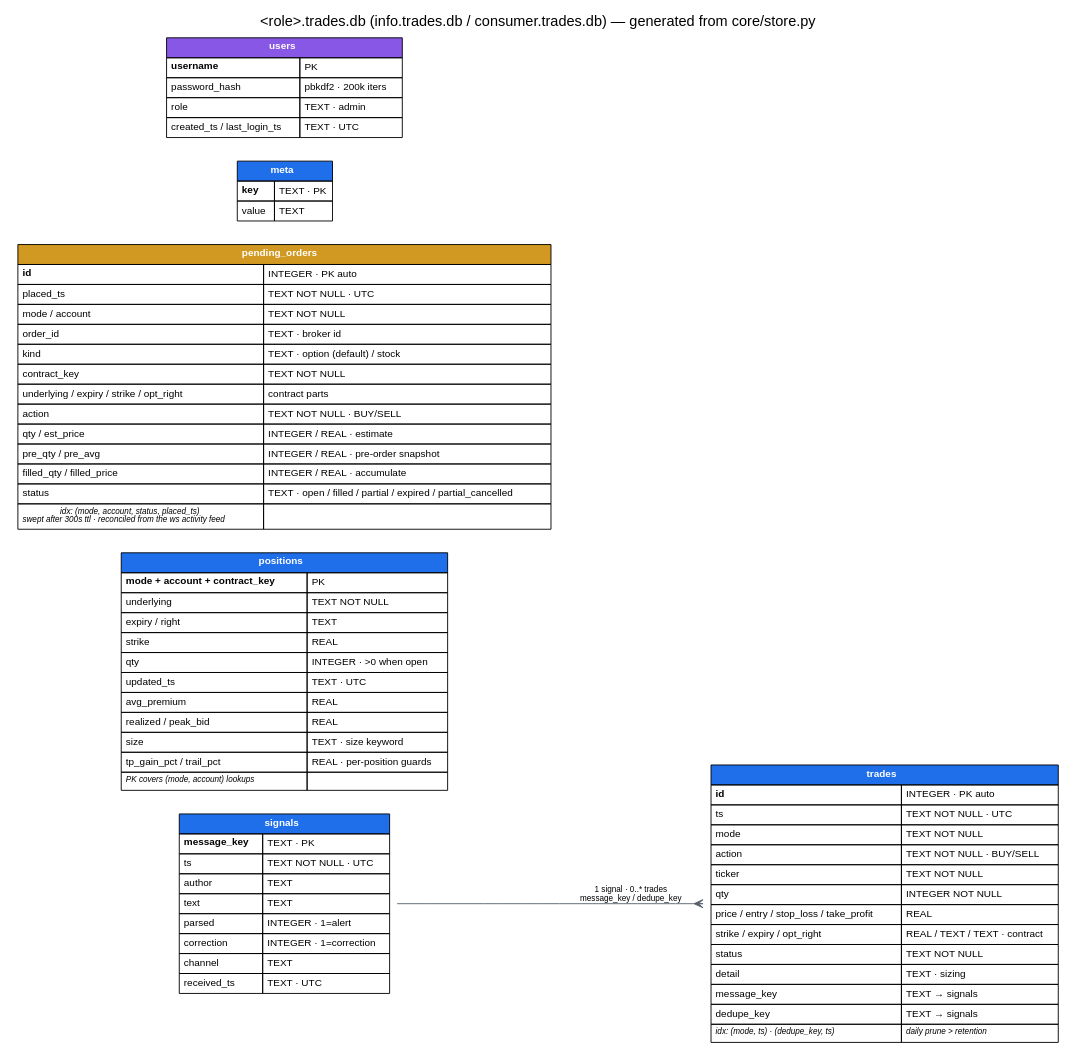
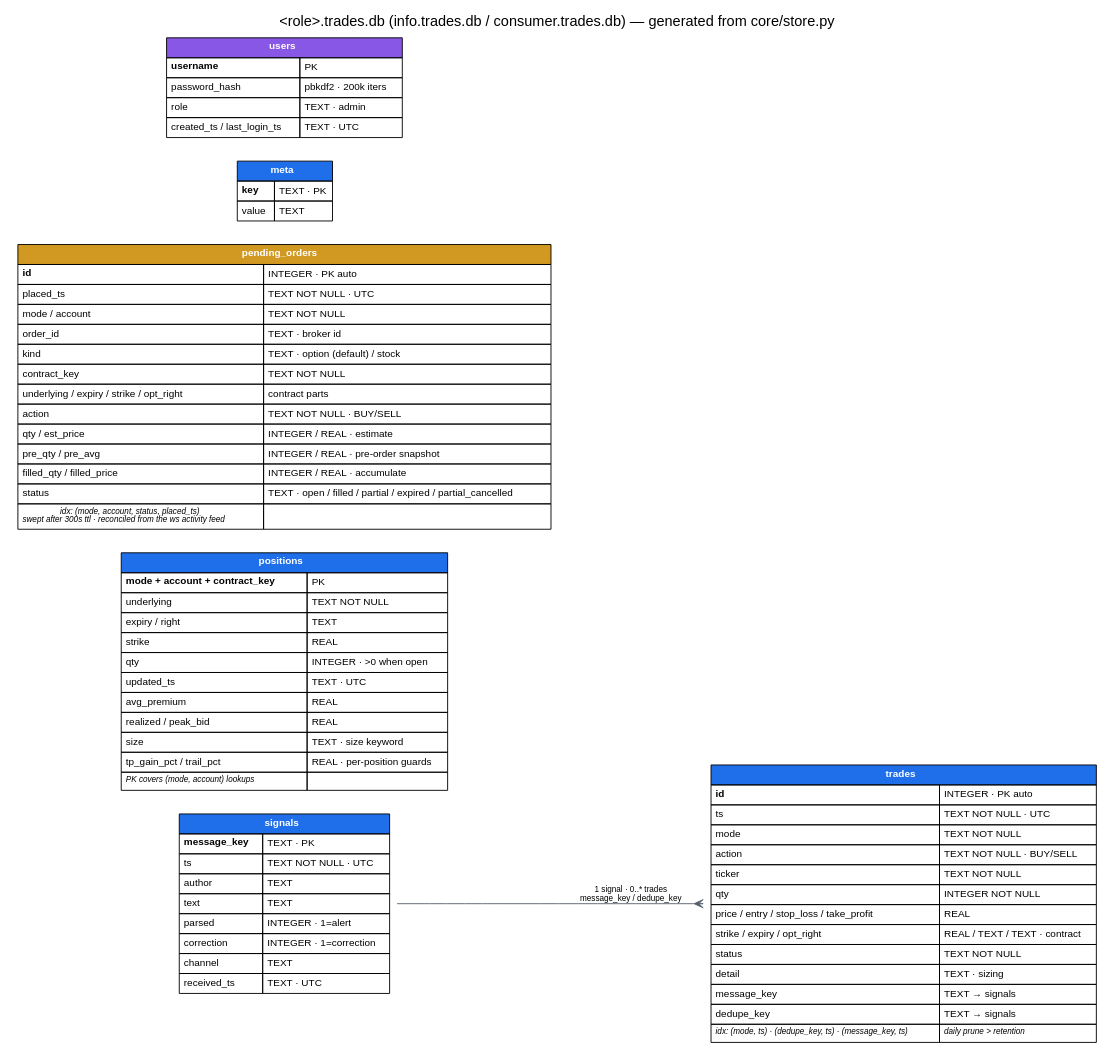
The diagram in docs/db_schema.dot (siicosmos/ws-trade-bot), drawn with Graphviz before and after one commit. The commit also changed 54 other files, not shown here.

```diff
--- a/docs/db_schema.dot
+++ b/docs/db_schema.dot
@@ -1,92 +1,92 @@
 // ws-trade-bot per-role trades db schema - render with:
 //   dot -Tpng -o docs/db_schema.png docs/db_schema.dot
 digraph db_schema {
   rankdir=LR;
   graph [fontname="Helvetica", label="<role>.trades.db (info.trades.db / consumer.trades.db) — generated from core/store.py", labelloc=t, fontsize=16];
   node [shape=plaintext, fontname="Helvetica", fontsize=11];
   edge [color="#57606a", fontname="Helvetica", fontsize=9];
 
   signals [label=<
     <TABLE BORDER="0" CELLBORDER="1" CELLSPACING="0" CELLPADDING="4" BGCOLOR="white">
       <TR><TD BGCOLOR="#1f6feb" COLSPAN="2"><FONT COLOR="white"><B>signals</B></FONT></TD></TR>
       <TR><TD ALIGN="LEFT"><B>message_key</B></TD><TD ALIGN="LEFT">TEXT · PK</TD></TR>
       <TR><TD ALIGN="LEFT">ts</TD><TD ALIGN="LEFT">TEXT NOT NULL · UTC</TD></TR>
       <TR><TD ALIGN="LEFT">author</TD><TD ALIGN="LEFT">TEXT</TD></TR>
       <TR><TD ALIGN="LEFT">text</TD><TD ALIGN="LEFT">TEXT</TD></TR>
       <TR><TD ALIGN="LEFT">parsed</TD><TD ALIGN="LEFT">INTEGER · 1=alert</TD></TR>
       <TR><TD ALIGN="LEFT">correction</TD><TD ALIGN="LEFT">INTEGER · 1=correction</TD></TR>
       <TR><TD ALIGN="LEFT">channel</TD><TD ALIGN="LEFT">TEXT</TD></TR>
       <TR><TD ALIGN="LEFT">received_ts</TD><TD ALIGN="LEFT">TEXT · UTC</TD></TR>
     </TABLE>>];
 
   trades [label=<
     <TABLE BORDER="0" CELLBORDER="1" CELLSPACING="0" CELLPADDING="4" BGCOLOR="white">
       <TR><TD BGCOLOR="#1f6feb" COLSPAN="2"><FONT COLOR="white"><B>trades</B></FONT></TD></TR>
       <TR><TD ALIGN="LEFT"><B>id</B></TD><TD ALIGN="LEFT">INTEGER · PK auto</TD></TR>
       <TR><TD ALIGN="LEFT">ts</TD><TD ALIGN="LEFT">TEXT NOT NULL · UTC</TD></TR>
       <TR><TD ALIGN="LEFT">mode</TD><TD ALIGN="LEFT">TEXT NOT NULL</TD></TR>
       <TR><TD ALIGN="LEFT">action</TD><TD ALIGN="LEFT">TEXT NOT NULL · BUY/SELL</TD></TR>
       <TR><TD ALIGN="LEFT">ticker</TD><TD ALIGN="LEFT">TEXT NOT NULL</TD></TR>
       <TR><TD ALIGN="LEFT">qty</TD><TD ALIGN="LEFT">INTEGER NOT NULL</TD></TR>
       <TR><TD ALIGN="LEFT">price / entry / stop_loss / take_profit</TD><TD ALIGN="LEFT">REAL</TD></TR>
       <TR><TD ALIGN="LEFT">strike / expiry / opt_right</TD><TD ALIGN="LEFT">REAL / TEXT / TEXT · contract</TD></TR>
       <TR><TD ALIGN="LEFT">status</TD><TD ALIGN="LEFT">TEXT NOT NULL</TD></TR>
       <TR><TD ALIGN="LEFT">detail</TD><TD ALIGN="LEFT">TEXT · sizing</TD></TR>
       <TR><TD ALIGN="LEFT">message_key</TD><TD ALIGN="LEFT">TEXT → signals</TD></TR>
       <TR><TD ALIGN="LEFT">dedupe_key</TD><TD ALIGN="LEFT">TEXT → signals</TD></TR>
-      <TR><TD ALIGN="LEFT"><FONT POINT-SIZE="9"><I>idx: (mode, ts) · (dedupe_key, ts)</I></FONT></TD><TD ALIGN="LEFT"><FONT POINT-SIZE="9"><I>daily prune &gt; retention</I></FONT></TD></TR>
+      <TR><TD ALIGN="LEFT"><FONT POINT-SIZE="9"><I>idx: (mode, ts) · (dedupe_key, ts) · (message_key, ts)</I></FONT></TD><TD ALIGN="LEFT"><FONT POINT-SIZE="9"><I>daily prune &gt; retention</I></FONT></TD></TR>
     </TABLE>>];
 
   positions [label=<
     <TABLE BORDER="0" CELLBORDER="1" CELLSPACING="0" CELLPADDING="4" BGCOLOR="white">
       <TR><TD BGCOLOR="#1f6feb" COLSPAN="2"><FONT COLOR="white"><B>positions</B></FONT></TD></TR>
       <TR><TD ALIGN="LEFT"><B>mode + account + contract_key</B></TD><TD ALIGN="LEFT">PK</TD></TR>
       <TR><TD ALIGN="LEFT">underlying</TD><TD ALIGN="LEFT">TEXT NOT NULL</TD></TR>
       <TR><TD ALIGN="LEFT">expiry / right</TD><TD ALIGN="LEFT">TEXT</TD></TR>
       <TR><TD ALIGN="LEFT">strike</TD><TD ALIGN="LEFT">REAL</TD></TR>
       <TR><TD ALIGN="LEFT">qty</TD><TD ALIGN="LEFT">INTEGER · &gt;0 when open</TD></TR>
       <TR><TD ALIGN="LEFT">updated_ts</TD><TD ALIGN="LEFT">TEXT · UTC</TD></TR>
       <TR><TD ALIGN="LEFT">avg_premium</TD><TD ALIGN="LEFT">REAL</TD></TR>
       <TR><TD ALIGN="LEFT">realized / peak_bid</TD><TD ALIGN="LEFT">REAL</TD></TR>
       <TR><TD ALIGN="LEFT">size</TD><TD ALIGN="LEFT">TEXT · size keyword</TD></TR>
       <TR><TD ALIGN="LEFT">tp_gain_pct / trail_pct</TD><TD ALIGN="LEFT">REAL · per-position guards</TD></TR>
       <TR><TD ALIGN="LEFT"><FONT POINT-SIZE="9"><I>PK covers (mode, account) lookups</I></FONT></TD><TD ALIGN="LEFT"></TD></TR>
     </TABLE>>];
 
   pending_orders [label=<
     <TABLE BORDER="0" CELLBORDER="1" CELLSPACING="0" CELLPADDING="4" BGCOLOR="white">
       <TR><TD BGCOLOR="#d29922" COLSPAN="2"><FONT COLOR="white"><B>pending_orders</B></FONT></TD></TR>
       <TR><TD ALIGN="LEFT"><B>id</B></TD><TD ALIGN="LEFT">INTEGER · PK auto</TD></TR>
       <TR><TD ALIGN="LEFT">placed_ts</TD><TD ALIGN="LEFT">TEXT NOT NULL · UTC</TD></TR>
       <TR><TD ALIGN="LEFT">mode / account</TD><TD ALIGN="LEFT">TEXT NOT NULL</TD></TR>
       <TR><TD ALIGN="LEFT">order_id</TD><TD ALIGN="LEFT">TEXT · broker id</TD></TR>
       <TR><TD ALIGN="LEFT">kind</TD><TD ALIGN="LEFT">TEXT · option (default) / stock</TD></TR>
       <TR><TD ALIGN="LEFT">contract_key</TD><TD ALIGN="LEFT">TEXT NOT NULL</TD></TR>
       <TR><TD ALIGN="LEFT">underlying / expiry / strike / opt_right</TD><TD ALIGN="LEFT">contract parts</TD></TR>
       <TR><TD ALIGN="LEFT">action</TD><TD ALIGN="LEFT">TEXT NOT NULL · BUY/SELL</TD></TR>
       <TR><TD ALIGN="LEFT">qty / est_price</TD><TD ALIGN="LEFT">INTEGER / REAL · estimate</TD></TR>
       <TR><TD ALIGN="LEFT">pre_qty / pre_avg</TD><TD ALIGN="LEFT">INTEGER / REAL · pre-order snapshot</TD></TR>
       <TR><TD ALIGN="LEFT">filled_qty / filled_price</TD><TD ALIGN="LEFT">INTEGER / REAL · accumulate</TD></TR>
       <TR><TD ALIGN="LEFT">status</TD><TD ALIGN="LEFT">TEXT · open / filled / partial / expired / partial_cancelled</TD></TR>
       <TR><TD ALIGN="LEFT"><FONT POINT-SIZE="9"><I>idx: (mode, account, status, placed_ts)</I></FONT><BR/><FONT POINT-SIZE="9"><I>swept after 300s ttl · reconciled from the ws activity feed</I></FONT></TD><TD ALIGN="LEFT"></TD></TR>
     </TABLE>>];
 
   meta [label=<
     <TABLE BORDER="0" CELLBORDER="1" CELLSPACING="0" CELLPADDING="4" BGCOLOR="white">
       <TR><TD BGCOLOR="#1f6feb" COLSPAN="2"><FONT COLOR="white"><B>meta</B></FONT></TD></TR>
       <TR><TD ALIGN="LEFT"><B>key</B></TD><TD ALIGN="LEFT">TEXT · PK</TD></TR>
       <TR><TD ALIGN="LEFT">value</TD><TD ALIGN="LEFT">TEXT</TD></TR>
     </TABLE>>];
 
   users [label=<
     <TABLE BORDER="0" CELLBORDER="1" CELLSPACING="0" CELLPADDING="4" BGCOLOR="white">
       <TR><TD BGCOLOR="#8957e5" COLSPAN="2"><FONT COLOR="white"><B>users</B></FONT></TD></TR>
       <TR><TD ALIGN="LEFT"><B>username</B></TD><TD ALIGN="LEFT">PK</TD></TR>
       <TR><TD ALIGN="LEFT">password_hash</TD><TD ALIGN="LEFT">pbkdf2 · 200k iters</TD></TR>
       <TR><TD ALIGN="LEFT">role</TD><TD ALIGN="LEFT">TEXT · admin</TD></TR>
       <TR><TD ALIGN="LEFT">created_ts / last_login_ts</TD><TD ALIGN="LEFT">TEXT · UTC</TD></TR>
     </TABLE>>];
 
   signals -> trades [arrowhead=crow, arrowtail=none, dir=both,
     label="1 signal · 0..* trades\nmessage_key / dedupe_key"];
 }
```
